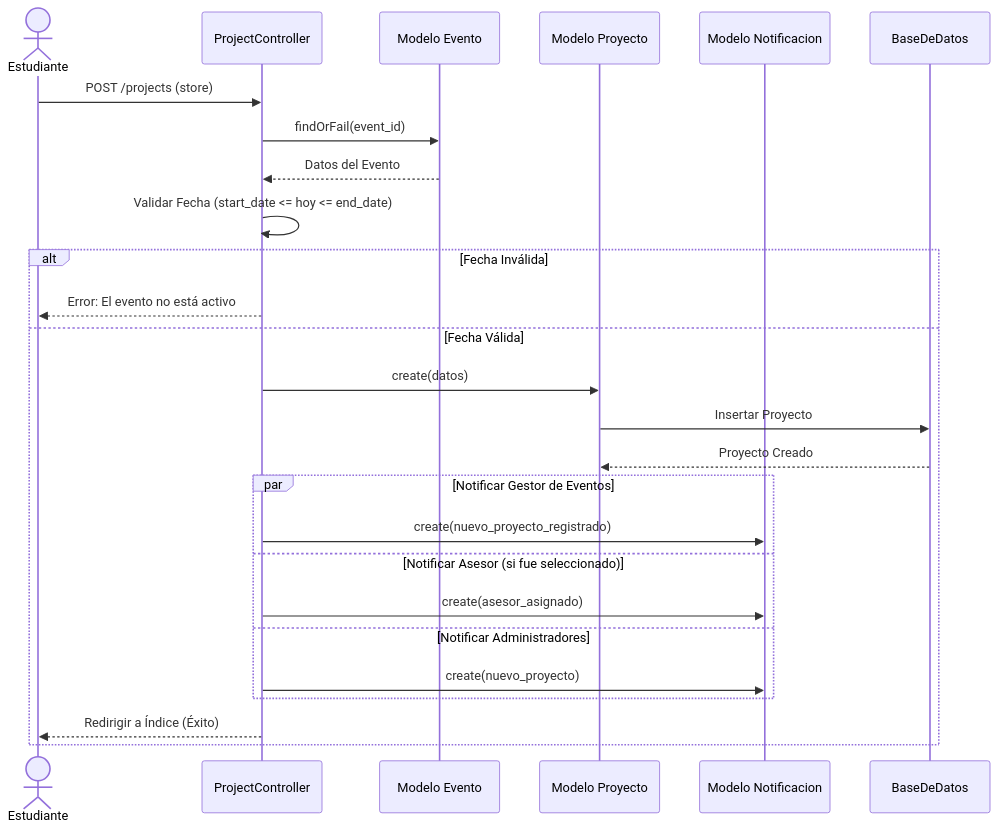
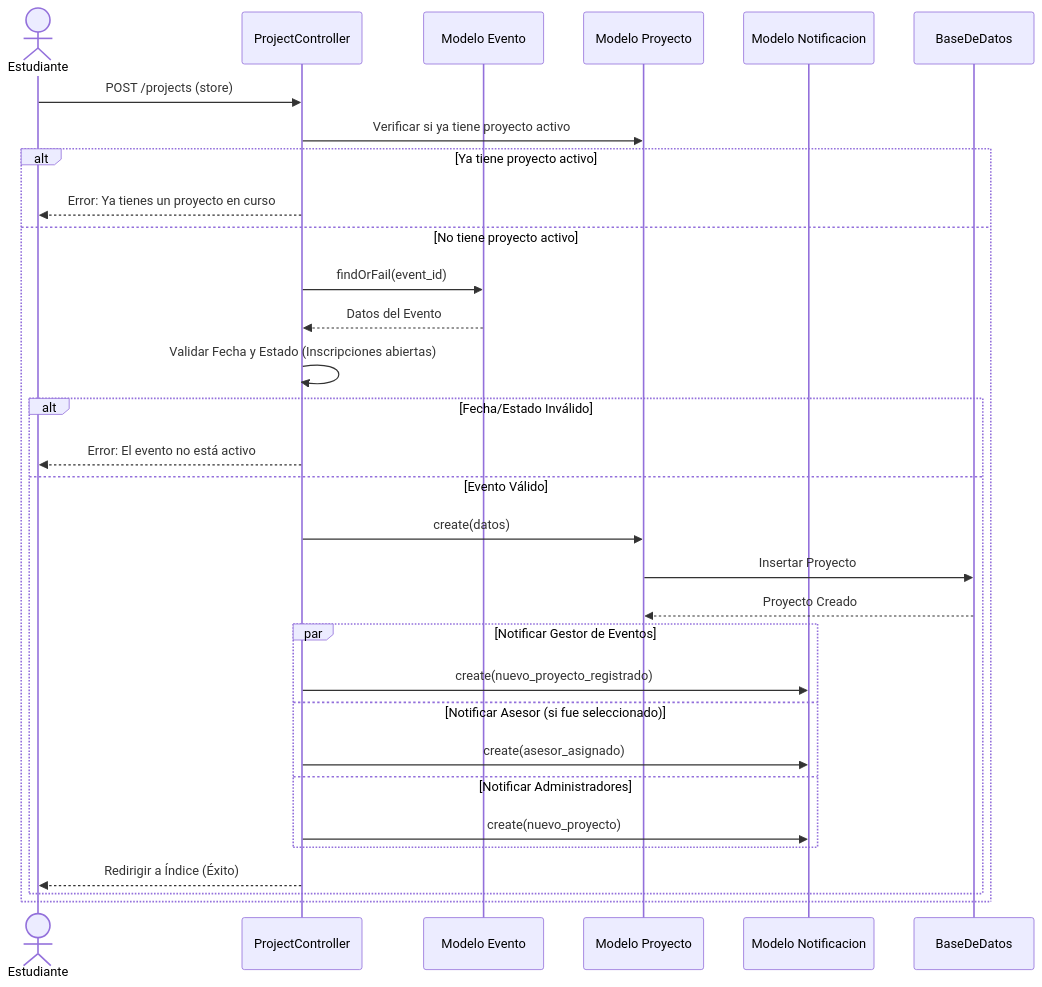
The first of 4 diagrams in README.md (HFernandoCR/WebAtoon), drawn with Mermaid before and after one commit. The commit also changed other lines of this file, not shown here.

Commit message:
Actualización_README_Secuencia2
Updated the event management and team invitation processes in the README to reflect new validations and notification flows.

````diff
--- a/README.md
+++ b/README.md
@@ -72,32 +72,39 @@
   ```mermaid
 sequenceDiagram
     actor Estudiante
     participant ProjectController
     participant Modelo Evento
     participant Modelo Proyecto
     participant Modelo Notificacion
     participant BaseDeDatos
+
     Estudiante->>ProjectController: POST /projects (store)
-    ProjectController->>Modelo Evento: findOrFail(event_id)
-    Modelo Evento-->>ProjectController: Datos del Evento
     
-    ProjectController->>ProjectController: Validar Fecha (start_date <= hoy <= end_date)
-    
-    alt Fecha Inválida
-        ProjectController-->>Estudiante: Error: El evento no está activo
-    else Fecha Válida
-        ProjectController->>Modelo Proyecto: create(datos)
-        Modelo Proyecto->>BaseDeDatos: Insertar Proyecto
-        BaseDeDatos-->>Modelo Proyecto: Proyecto Creado
+    ProjectController->>Modelo Proyecto: Verificar si ya tiene proyecto activo
+    alt Ya tiene proyecto activo
+        ProjectController-->>Estudiante: Error: Ya tienes un proyecto en curso
+    else No tiene proyecto activo
+        ProjectController->>Modelo Evento: findOrFail(event_id)
+        Modelo Evento-->>ProjectController: Datos del Evento
         
-        par Notificar Gestor de Eventos
-            ProjectController->>Modelo Notificacion: create(nuevo_proyecto_registrado)
-        and Notificar Asesor (si fue seleccionado)
-            ProjectController->>Modelo Notificacion: create(asesor_asignado)
-        and Notificar Administradores
-            ProjectController->>Modelo Notificacion: create(nuevo_proyecto)
+        ProjectController->>ProjectController: Validar Fecha y Estado (Inscripciones abiertas)
+        
+        alt Fecha/Estado Inválido
+            ProjectController-->>Estudiante: Error: El evento no está activo
+        else Evento Válido
+            ProjectController->>Modelo Proyecto: create(datos)
+            Modelo Proyecto->>BaseDeDatos: Insertar Proyecto
+            BaseDeDatos-->>Modelo Proyecto: Proyecto Creado
+            
+            par Notificar Gestor de Eventos
+                ProjectController->>Modelo Notificacion: create(nuevo_proyecto_registrado)
+            and Notificar Asesor (si fue seleccionado)
+                ProjectController->>Modelo Notificacion: create(asesor_asignado)
+            and Notificar Administradores
+                ProjectController->>Modelo Notificacion: create(nuevo_proyecto)
+            end
+            
+            ProjectController-->>Estudiante: Redirigir a Índice (Éxito)
         end
-        
-        ProjectController-->>Estudiante: Redirigir a Índice (Éxito)
     end
 ```
````
